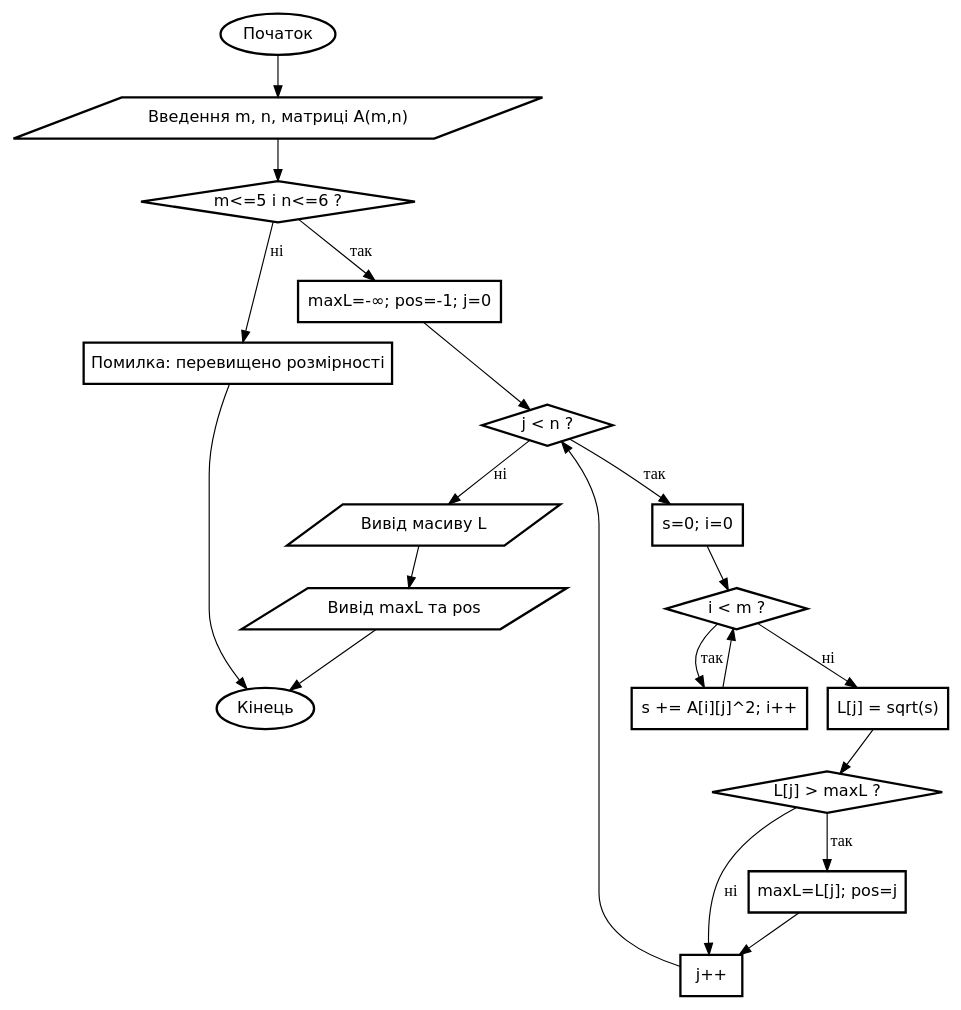
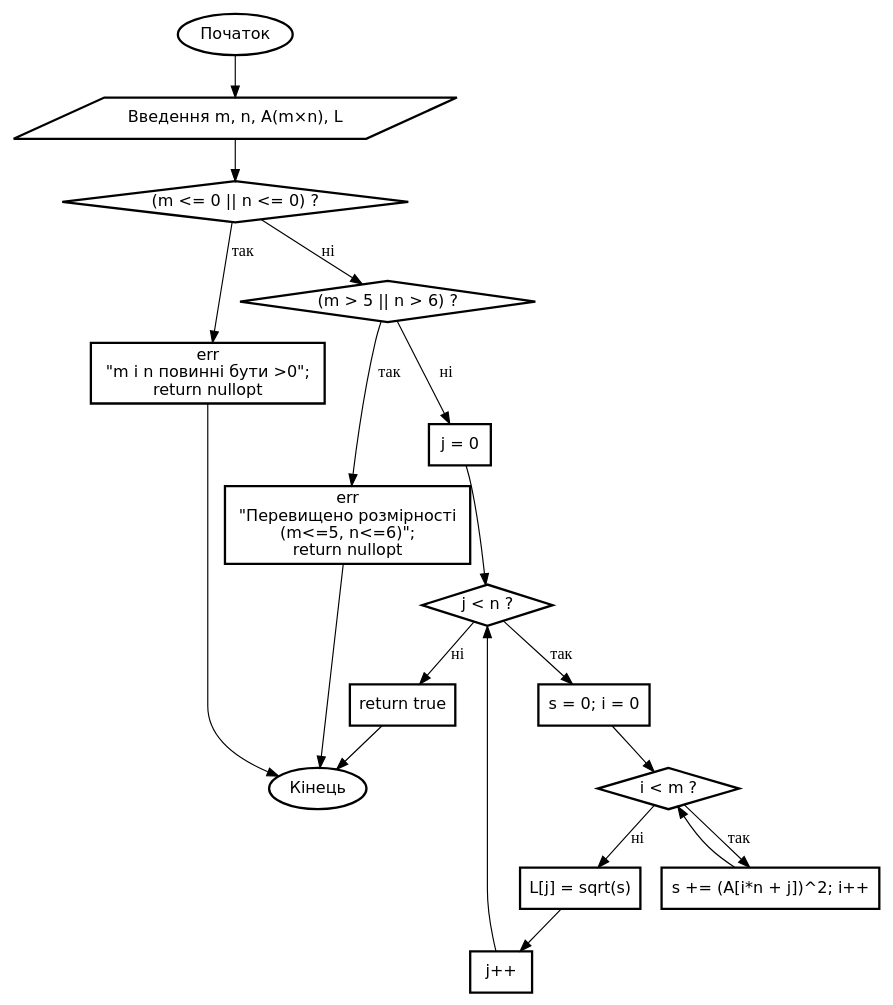
Before and after one commit to yourhostel/cpp_course: the diagram in III_course/2025-09-21-one-dimensional-arrays/graphviz/oda_task2.dot, drawn with Graphviz. The commit also changed other lines of this file and 5 other files, not shown here.

Commit message:
Відредаговано UML 2025-09-21-one-dimensional-arrays у другому завданні

```diff
--- a/III_course/2025-09-21-one-dimensional-arrays/graphviz/oda_task2.dot
+++ b/III_course/2025-09-21-one-dimensional-arrays/graphviz/oda_task2.dot
@@ -1,42 +1,43 @@
-digraph oda_task2 {
-    rankdir=TB;
-    node [fontname="DejaVu Sans", shape=box, style="solid,bold"];
+digraph oda_task2_compute_lengths {
+rankdir=TB;
+node [fontname="DejaVu Sans", shape=box, style="solid,bold"];
 
-    start [shape=oval, label="Початок"];
-    input [shape=parallelogram, label="Введення m, n, матриці A(m,n)"];
-    chk   [shape=diamond, label="m<=5 і n<=6 ?"];
-    err   [shape=rectangle, label="Помилка: перевищено розмірності"];
-    init  [shape=rectangle, label="maxL=-∞; pos=-1; j=0"];
-    loopJ [shape=diamond, label="j < n ?"];
-    initS [shape=rectangle, label="s=0; i=0"];
-    loopI [shape=diamond, label="i < m ?"];
-    add   [shape=rectangle, label="s += A[i][j]^2; i++"];
-    len   [shape=rectangle, label="L[j] = sqrt(s)"];
-    upd   [shape=diamond, label="L[j] > maxL ?"];
-    set   [shape=rectangle, label="maxL=L[j]; pos=j"];
-    jinc  [shape=rectangle, label="j++"];
-    outL  [shape=parallelogram, label="Вивід масиву L"];
-    outM  [shape=parallelogram, label="Вивід maxL та pos"];
-    stop  [shape=oval, label="Кінець"];
+start [shape=oval, label="Початок"];
+input [shape=parallelogram, label="Введення m, n, A(m×n), L"];
+chkPos [shape=diamond, label="(m <= 0 || n <= 0) ?"];
+errPos [shape=rectangle, label="err \n \"m і n повинні бути >0\"; \n return nullopt"];
+chkDim [shape=diamond, label="(m > 5 || n > 6) ?"];
+errDim [shape=rectangle, label="err \n \"Перевищено розмірності \n (m<=5, n<=6)\"; \n return nullopt"];
 
-    start -> input -> chk;
-    chk -> err  [label="ні"];
-    chk -> init [label="так"];
+j0   [shape=rectangle, label="j = 0"];
+loopJ[shape=diamond,  label="j < n ?"];
+s0i0 [shape=rectangle, label="s = 0; i = 0"];
+loopI[shape=diamond,  label="i < m ?"];
+add  [shape=rectangle, label="s += (A[i*n + j])^2; i++"];
+len  [shape=rectangle, label="L[j] = sqrt(s)"];
+jinc [shape=rectangle, label="j++"];
+ret  [shape=rectangle, label="return true"];
+stop [shape=oval, label="Кінець"];
 
-    init -> loopJ;
-    loopJ -> initS [label="так"];
-    loopJ -> outL [label="ні"];
+start -> input -> chkPos;
+chkPos -> errPos [label="так"];
+errPos -> stop;
+chkPos -> chkDim [label="ні"];
 
-    initS -> loopI;
-    loopI -> add [label="так"];
-    loopI -> len [label="ні"];
-    add -> loopI;
+chkDim -> errDim [label="так"];
+errDim -> stop;
+chkDim -> j0    [label="ні"];
 
-    len -> upd;
-    upd -> set [label="так"];
-    upd -> jinc [label="ні"];
-    set -> jinc -> loopJ;
+j0 -> loopJ;
+loopJ -> s0i0 [label="так"];
+loopJ -> ret  [label="ні"];
 
-    outL -> outM -> stop;
-    err -> stop;
+s0i0 -> loopI;
+loopI -> add [label="так"];
+loopI -> len [label="ні"];
+add -> loopI;
+
+len -> jinc -> loopJ;
+
+ret -> stop;
 }
```
